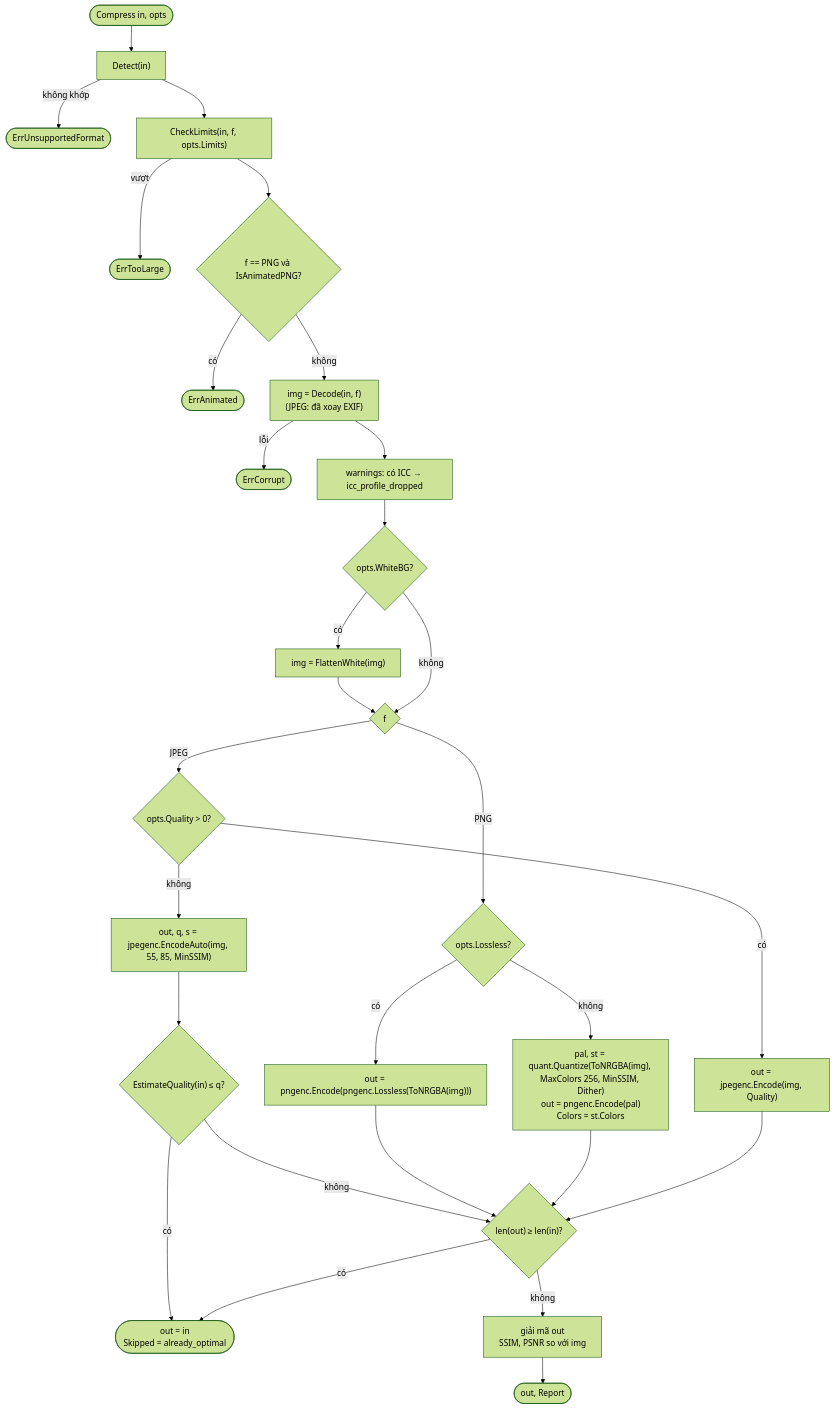
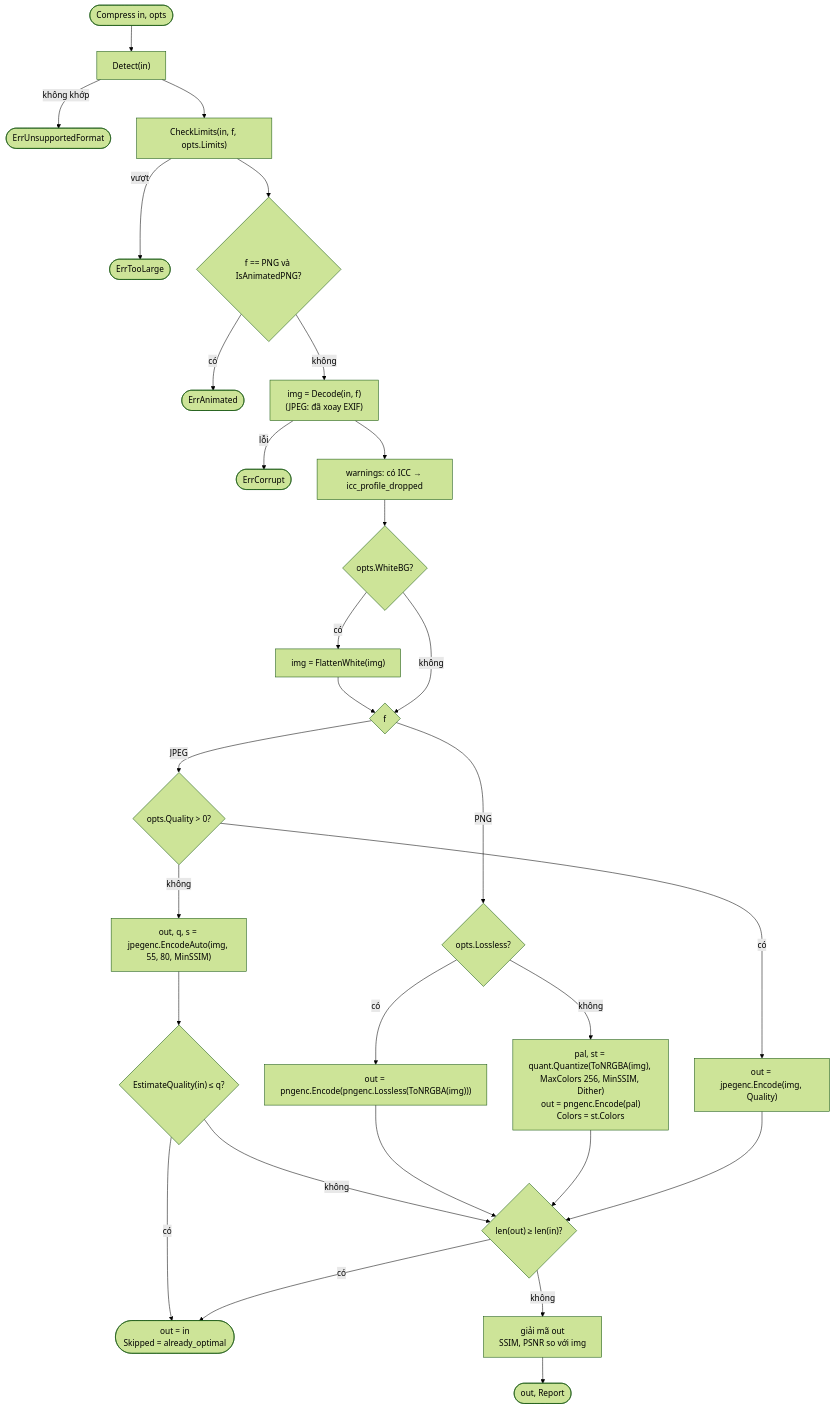
One commit to vanh6803/OptiImg changed diagram 13 of 28 in docs/logic-diagrams.md. Above: the diagram before and after it, drawn with Mermaid (forest theme). The commit also changed other lines of this file and 10 other files, not shown here.

````diff
--- a/docs/logic-diagrams.md
+++ b/docs/logic-diagrams.md
@@ -365,34 +365,34 @@
 ```mermaid
 flowchart TD
     A([Compress in, opts]) --> B["Detect(in)"]
     B -->|không khớp| EU([ErrUnsupportedFormat])
     B --> C["CheckLimits(in, f, opts.Limits)"]
     C -->|vượt| ET([ErrTooLarge])
     C --> D{"f == PNG và IsAnimatedPNG?"}
     D -->|có| EA([ErrAnimated])
     D -->|không| E["img = Decode(in, f)<br/>(JPEG: đã xoay EXIF)"]
     E -->|lỗi| EC([ErrCorrupt])
     E --> W["warnings: có ICC → icc_profile_dropped"]
     W --> F{opts.WhiteBG?}
     F -->|có| F1["img = FlattenWhite(img)"] --> G
     F -->|không| G{f}
 
     G -->|PNG| P{opts.Lossless?}
     P -->|có| P1["out = pngenc.Encode(pngenc.Lossless(ToNRGBA(img)))"]
     P -->|không| P2["pal, st = quant.Quantize(ToNRGBA(img), MaxColors 256, MinSSIM, Dither)<br/>out = pngenc.Encode(pal)<br/>Colors = st.Colors"]
 
     G -->|JPEG| J{opts.Quality > 0?}
     J -->|có| J1["out = jpegenc.Encode(img, Quality)"]
-    J -->|không| J2["out, q, s = jpegenc.EncodeAuto(img, 55, 85, MinSSIM)"]
+    J -->|không| J2["out, q, s = jpegenc.EncodeAuto(img, 55, 80, MinSSIM)"]
     J2 --> J3{"EstimateQuality(in) ≤ q?"}
     J3 -->|có| KEEP
     J3 -->|không| Z
 
     P1 --> Z
     P2 --> Z
     J1 --> Z
     Z{"len(out) ≥ len(in)?"}
     Z -->|có| KEEP(["out = in<br/>Skipped = already_optimal"])
     Z -->|không| M["giải mã out<br/>SSIM, PSNR so với img"]
     M --> R(["out, Report"])
 ```
````
